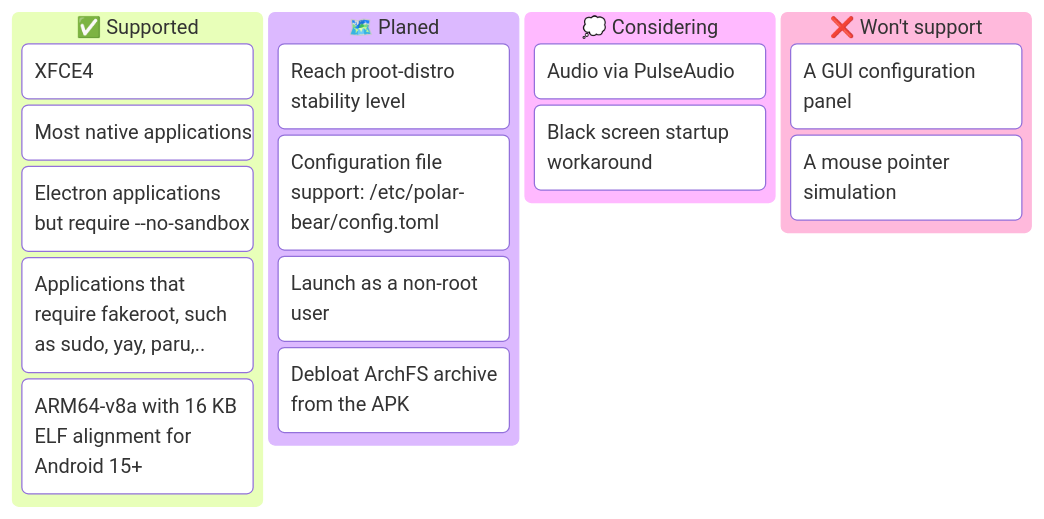
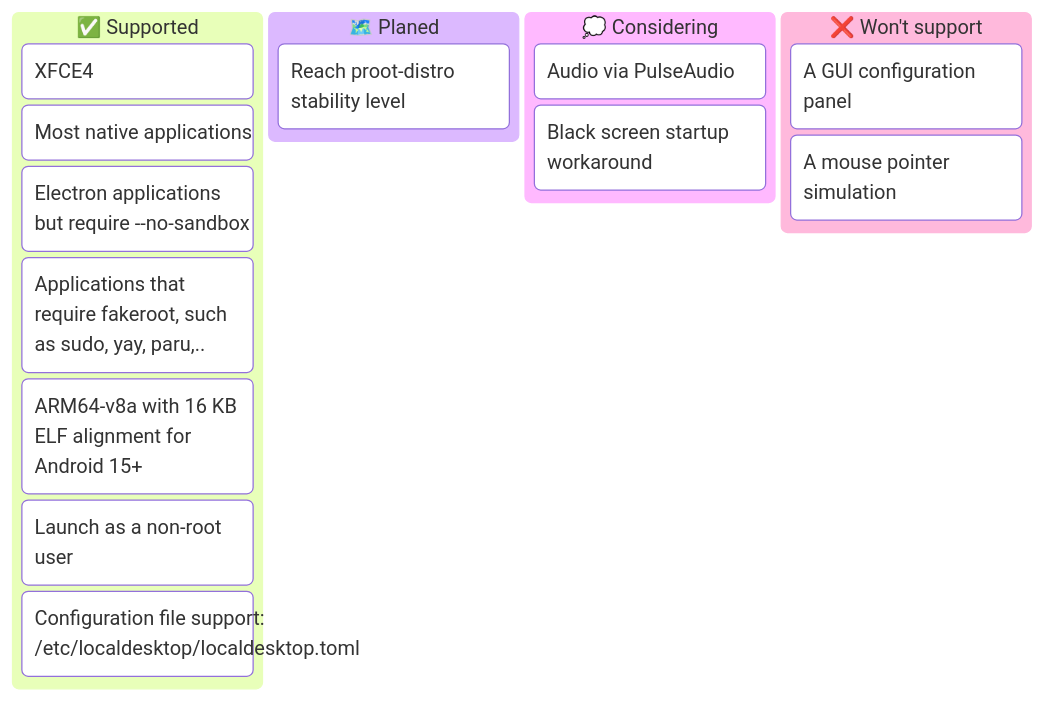
One commit to polar-bear-app/polar-bear-app.github.io changed the diagram in docs/user/3-what-supported.md. Above: the diagram before and after it, drawn with Mermaid. The commit also changed 9 other files, not shown here.

````diff
--- a/docs/user/3-what-supported.md
+++ b/docs/user/3-what-supported.md
@@ -5,23 +5,22 @@
 ```mermaid
 kanban
     ✅ Supported
         XFCE4
         Most native applications
         Electron applications but require --no-sandbox
         Applications that require fakeroot, such as sudo, yay, paru,..
         ARM64-v8a with 16 KB ELF alignment for Android 15+
+        Launch as a non-root user
+        Configuration file support: /etc/localdesktop/localdesktop.toml
 
     🗺️ Planed
         Reach proot-distro stability level
-        Configuration file support: /etc/polar-bear/config.toml
-        Launch as a non-root user
-        Debloat ArchFS archive from the APK
 
     💭 Considering
         Audio via PulseAudio
         Black screen startup workaround
 
     ❌ Won't support
         A GUI configuration panel
         A mouse pointer simulation
 ```
````
